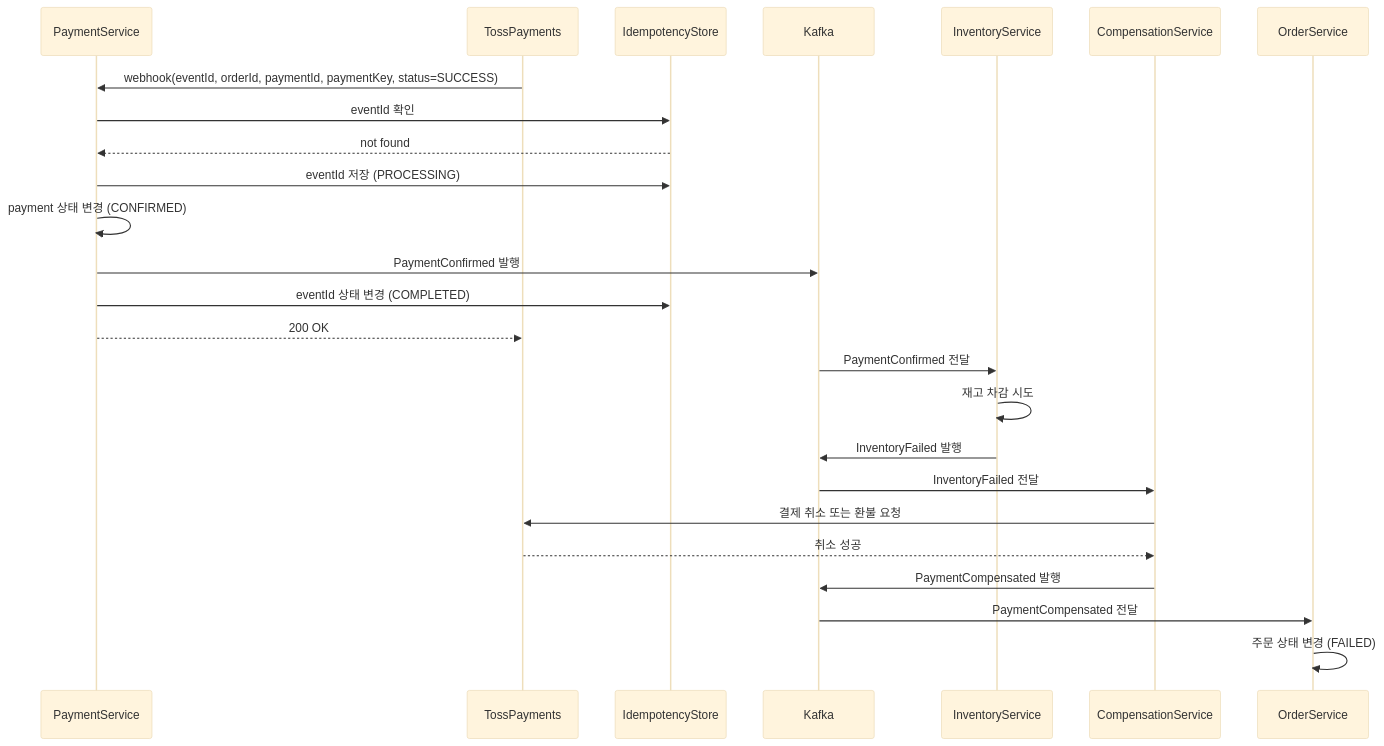
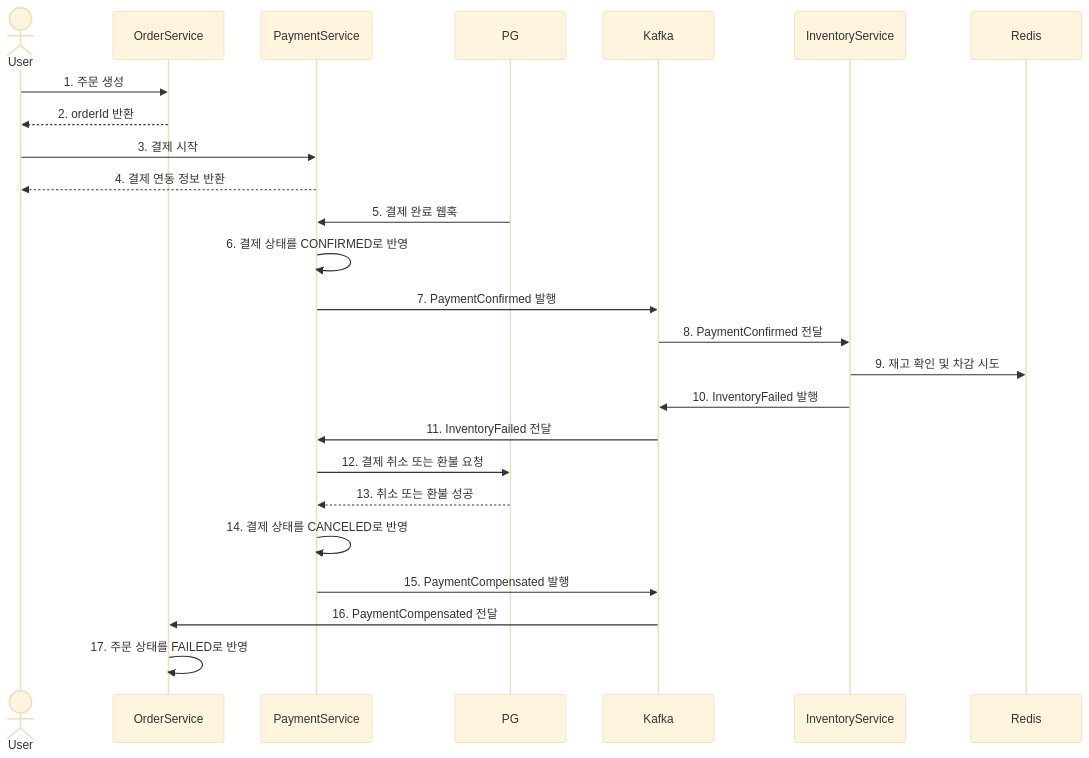
Before and after one commit to Hwasowl/ecommerce: the third of 11 diagrams in README.md, drawn with Mermaid (base theme). The commit also changed other lines of this file, not shown here.

````diff
--- a/README.md
+++ b/README.md
@@ -92,31 +85,33 @@
 ```mermaid
 sequenceDiagram
+    actor User
+    participant OrderService
     participant PaymentService
-    participant TossPayments
-    participant IdempotencyStore
+    participant PG
     participant Kafka
     participant InventoryService
-    participant CompensationService
-    participant OrderService
+    participant Redis
 
-    TossPayments->>PaymentService: webhook(eventId, orderId, paymentId, paymentKey, status=SUCCESS)
-    PaymentService->>IdempotencyStore: eventId 확인
-    IdempotencyStore-->>PaymentService: not found
-    PaymentService->>IdempotencyStore: eventId 저장 (PROCESSING)
-    PaymentService->>PaymentService: payment 상태 변경 (CONFIRMED)
-    PaymentService->>Kafka: PaymentConfirmed 발행
-    PaymentService->>IdempotencyStore: eventId 상태 변경 (COMPLETED)
-    PaymentService-->>TossPayments: 200 OK
+    User->>OrderService: 1. 주문 생성
+    OrderService-->>User: 2. orderId 반환
 
-    Kafka->>InventoryService: PaymentConfirmed 전달
-    InventoryService->>InventoryService: 재고 차감 시도
-    InventoryService->>Kafka: InventoryFailed 발행
+    User->>PaymentService: 3. 결제 시작
+    PaymentService-->>User: 4. 결제 연동 정보 반환
 
-    Kafka->>CompensationService: InventoryFailed 전달
-    CompensationService->>TossPayments: 결제 취소 또는 환불 요청
-    TossPayments-->>CompensationService: 취소 성공
-    CompensationService->>Kafka: PaymentCompensated 발행
+    PG->>PaymentService: 5. 결제 완료 웹훅
+    PaymentService->>PaymentService: 6. 결제 상태를 CONFIRMED로 반영
+    PaymentService->>Kafka: 7. PaymentConfirmed 발행
 
-    Kafka->>OrderService: PaymentCompensated 전달
-    OrderService->>OrderService: 주문 상태 변경 (FAILED)
+    Kafka->>InventoryService: 8. PaymentConfirmed 전달
+    InventoryService->>Redis: 9. 재고 확인 및 차감 시도
+    InventoryService->>Kafka: 10. InventoryFailed 발행
+
+    Kafka->>PaymentService: 11. InventoryFailed 전달
+    PaymentService->>PG: 12. 결제 취소 또는 환불 요청
+    PG-->>PaymentService: 13. 취소 또는 환불 성공
+    PaymentService->>PaymentService: 14. 결제 상태를 CANCELED로 반영
+    PaymentService->>Kafka: 15. PaymentCompensated 발행
+
+    Kafka->>OrderService: 16. PaymentCompensated 전달
+    OrderService->>OrderService: 17. 주문 상태를 FAILED로 반영
 ```
````
